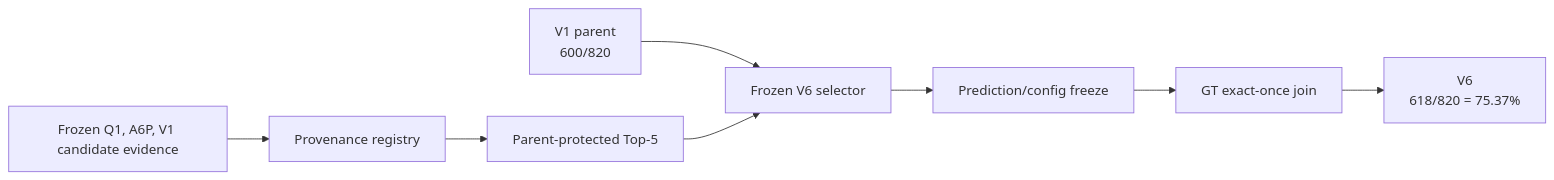
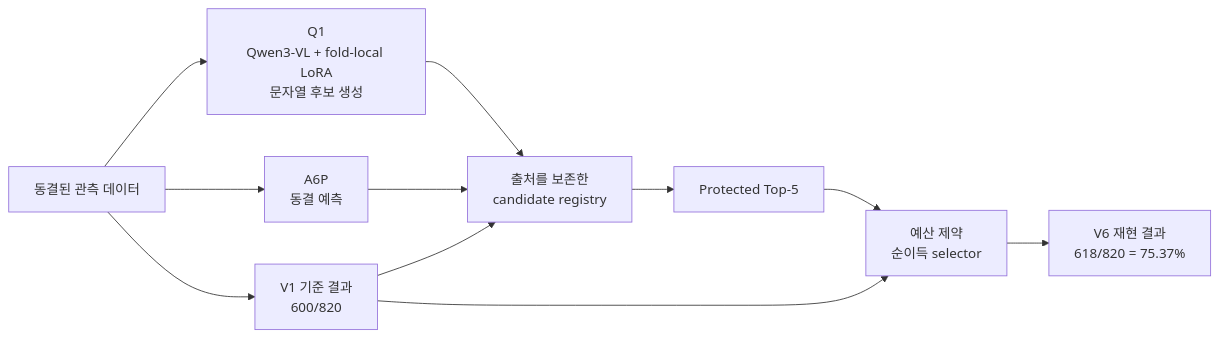
One commit to universefreedom/fuzzy changed the diagram in docs/ARCHITECTURE.md. Above: the diagram before and after it, drawn with Mermaid. The commit also changed other lines of this file and 9 other files, not shown here.

````diff
--- a/docs/ARCHITECTURE.md
+++ b/docs/ARCHITECTURE.md
@@ -9,10 +13,21 @@
 ```mermaid
 flowchart LR
-    A[Frozen Q1, A6P, V1 candidate evidence] --> B[Provenance registry]
-    B --> C[Parent-protected Top-5]
-    P[V1 parent<br/>600/820] --> D[Frozen V6 selector]
-    C --> D
-    D --> E[Prediction/config freeze]
-    E --> F[GT exact-once join]
-    F --> G[V6<br/>618/820 = 75.37%]
+    O[동결된 관측 데이터]
+    Q[Q1<br/>Qwen3-VL + fold-local LoRA<br/>문자열 후보 생성]
+    A[A6P<br/>동결 예측]
+    V[V1 기준 결과<br/>600/820]
+    R[출처를 보존한<br/>candidate registry]
+    T[Protected Top-5]
+    S[예산 제약<br/>순이득 selector]
+    X[V6 재현 결과<br/>618/820 = 75.37%]
+    O --> Q
+    O --> A
+    O --> V
+    Q --> R
+    A --> R
+    V --> R
+    R --> T
+    T --> S
+    V --> S
+    S --> X
 ```
````
